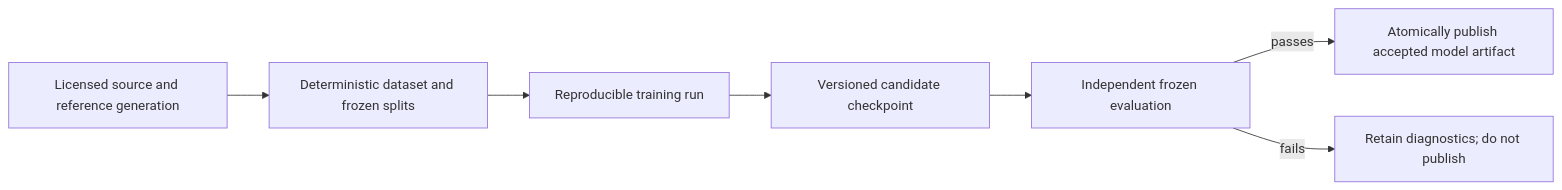
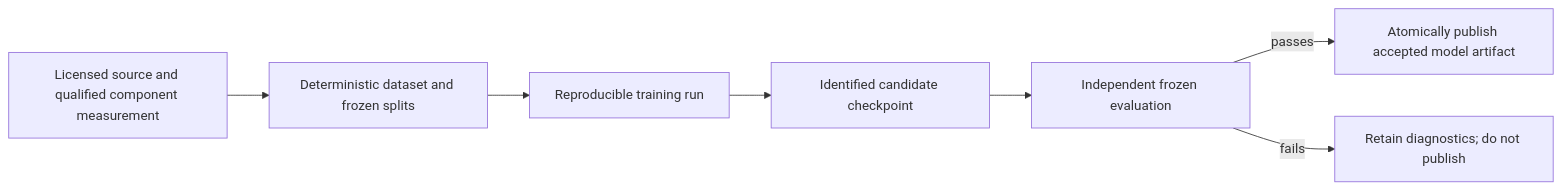
Before and after one commit to LisowskiPawel/SparkleEngine: the second of 2 diagrams in Docs/Architecture/CrossModule/NeuralGraphics/NeuralGraphicsDesign.md, drawn with Mermaid. The commit also changed other lines of this file and 132 other files, not shown here.

````diff
--- a/Docs/Architecture/CrossModule/NeuralGraphics/NeuralGraphicsDesign.md
+++ b/Docs/Architecture/CrossModule/NeuralGraphics/NeuralGraphicsDesign.md
@@ -112,9 +115,9 @@
 ```mermaid
 flowchart LR
-    Sources[Licensed source and reference generation] --> Dataset[Deterministic dataset and frozen splits]
+    Sources[Licensed source and qualified component measurement] --> Dataset[Deterministic dataset and frozen splits]
     Dataset --> Training[Reproducible training run]
-    Training --> Candidate[Versioned candidate checkpoint]
+    Training --> Candidate[Identified candidate checkpoint]
     Candidate --> Evaluation[Independent frozen evaluation]
     Evaluation -->|passes| Publish[Atomically publish accepted model artifact]
     Evaluation -->|fails| Reject[Retain diagnostics; do not publish]
 ```
````
